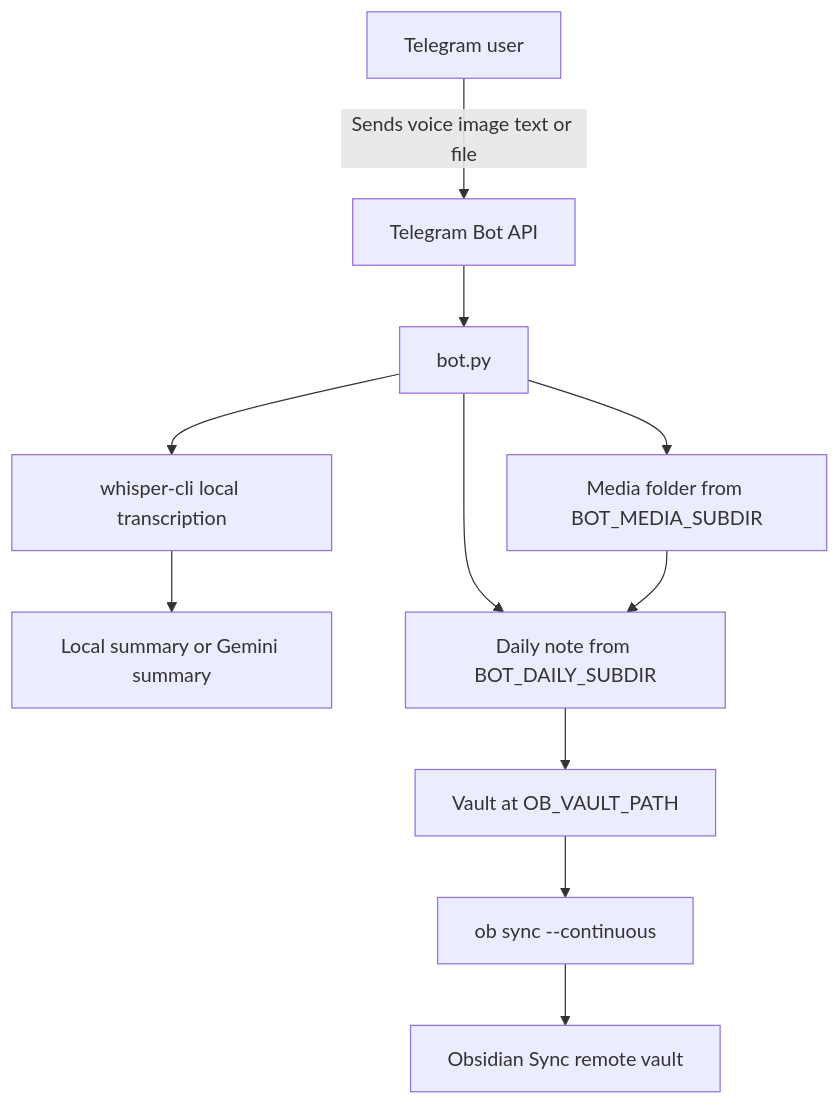
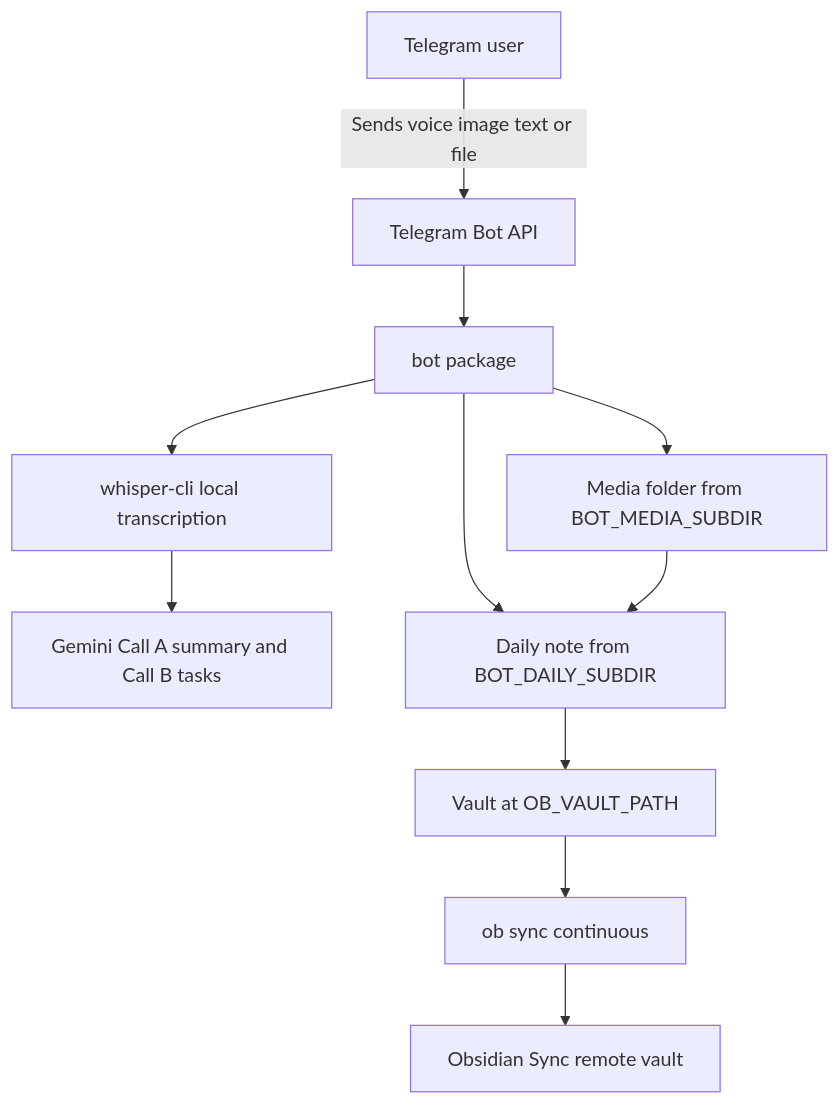
One commit to giacomoleonzi/obsidian-telegram-daily-bot changed the diagram in README.md. Above: the diagram before and after it, drawn with Mermaid. The commit also changed other lines of this file and 5 other files, not shown here.

First line of the commit message:
Revise design docs for prompt files and bot package.

````diff
--- a/README.md
+++ b/README.md
@@ -109,13 +113,13 @@
 ```mermaid
 flowchart TD
   U[Telegram user] -->|Sends voice image text or file| TG[Telegram Bot API]
-  TG --> BOT[bot.py]
+  TG --> BOT[bot package]
   BOT --> MEDIA[Media folder from BOT_MEDIA_SUBDIR]
   BOT --> STT[whisper-cli local transcription]
-  STT --> SUM[Local summary or Gemini summary]
+  STT --> GEM[Gemini Call A summary and Call B tasks]
   BOT --> NOTE[Daily note from BOT_DAILY_SUBDIR]
   MEDIA --> NOTE
   NOTE --> VAULT[Vault at OB_VAULT_PATH]
-  VAULT --> OBS[ob sync --continuous]
+  VAULT --> OBS[ob sync continuous]
   OBS --> REMOTE[Obsidian Sync remote vault]
 ```
````
